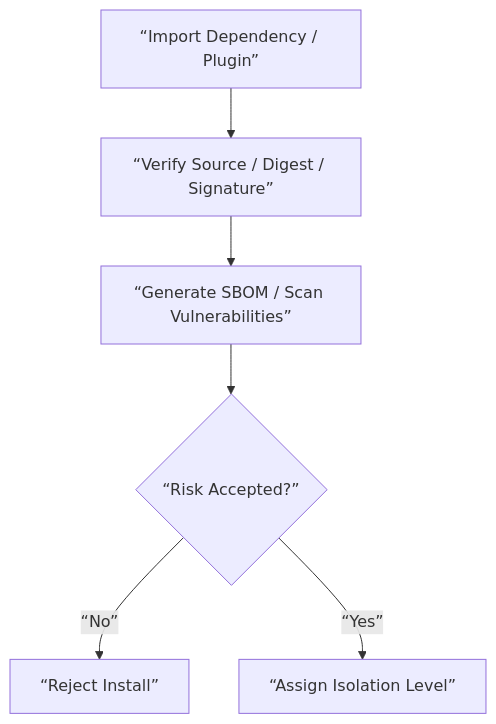
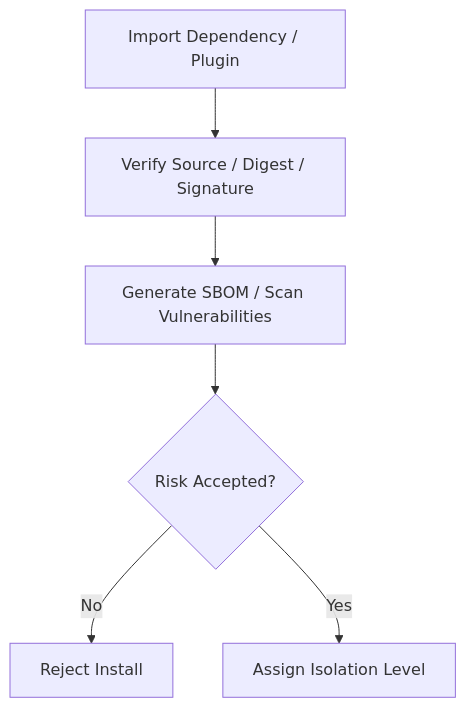
The diagram in docs_en/contracts/supply_chain_and_dependency_security_contract.md (HoldenShen-hz/automatic-agent-platform), drawn with Mermaid before and after one commit. The commit also changed other lines of this file and 92 other files, not shown here.

First line of the commit message:
Add English architecture docs, outbox pattern, and contract updates

````diff
--- a/docs_en/contracts/supply_chain_and_dependency_security_contract.md
+++ b/docs_en/contracts/supply_chain_and_dependency_security_contract.md
@@ -52,8 +69,8 @@
 ```mermaid
 flowchart TD
-    A[“Import Dependency / Plugin”] --> B[“Verify Source / Digest / Signature”]
-    B --> C[“Generate SBOM / Scan Vulnerabilities”]
-    C --> D{“Risk Accepted?”}
-    D -- “No” --> E[“Reject Install”]
-    D -- “Yes” --> F[“Assign Isolation Level”]
+    A["Import Dependency / Plugin"] --> B["Verify Source / Digest / Signature"]
+    B --> C["Generate SBOM / Scan Vulnerabilities"]
+    C --> D{"Risk Accepted?"}
+    D -- "No" --> E["Reject Install"]
+    D -- "Yes" --> F["Assign Isolation Level"]
 ```
````
